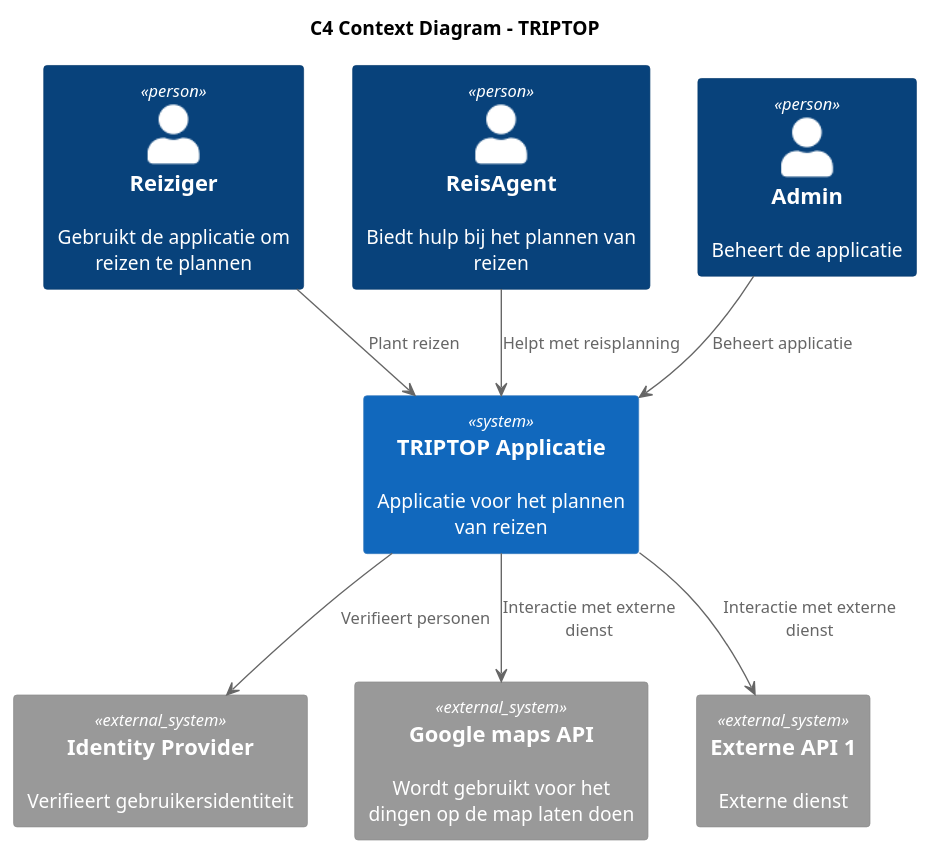
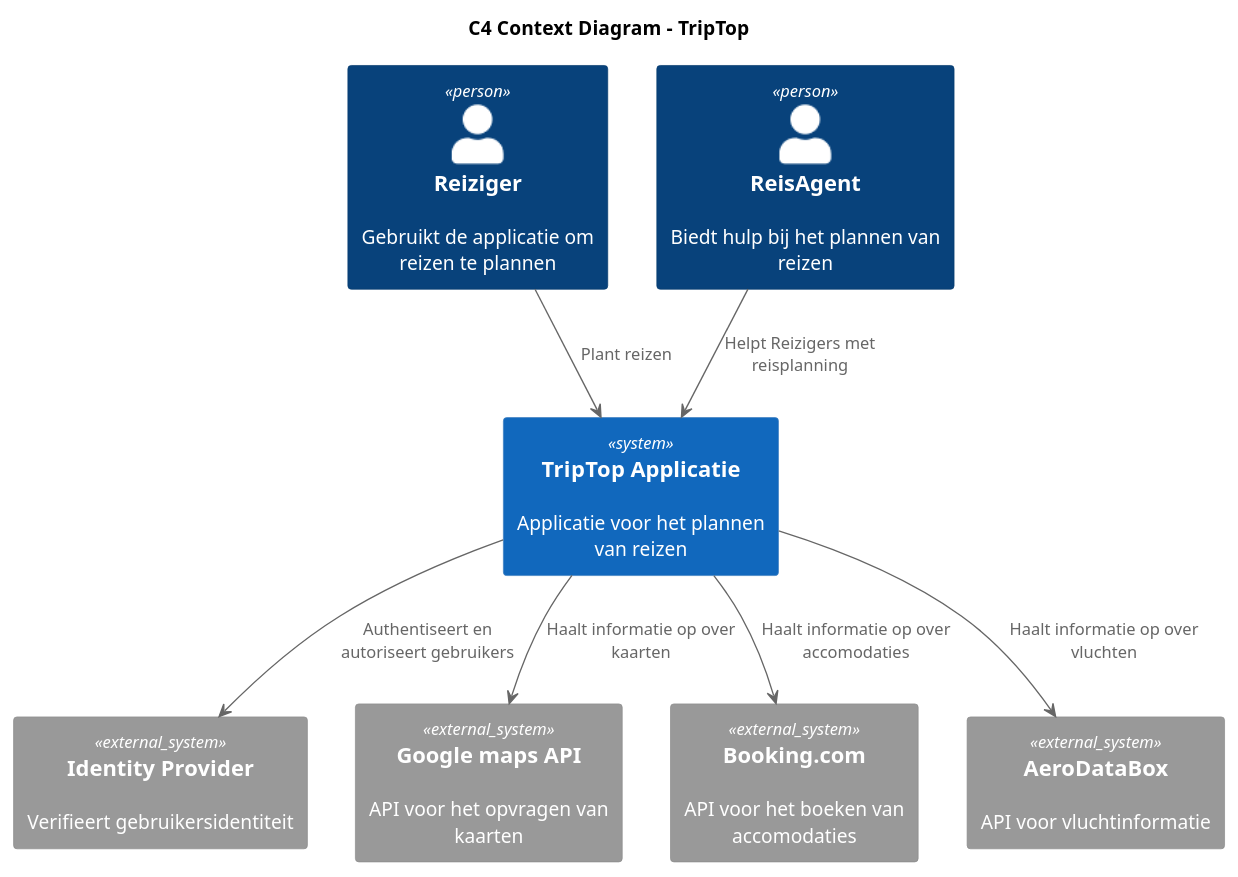
The diagram in C4_diagrammen/Context_diagram_TripTop_group_B4.puml (AIM-ENE-feb25/triptop-groep-b4), drawn with PlantUML before and after one commit.

Commit message:
Context diagram

```diff
--- a/C4_diagrammen/Context_diagram_TripTop_group_B4.puml
+++ b/C4_diagrammen/Context_diagram_TripTop_group_B4.puml
@@ -1,24 +1,24 @@
 @startuml
 !include <C4/C4_Container>
 
-title C4 Context Diagram - TRIPTOP
+title C4 Context Diagram - TripTop
 
 Person(Reiziger, "Reiziger", "Gebruikt de applicatie om reizen te plannen")
 Person(ReisAgent, "ReisAgent", "Biedt hulp bij het plannen van reizen")
-Person(Admin, "Admin", "Beheert de applicatie")
 
-System(TRIPTOP, "TRIPTOP Applicatie", "Applicatie voor het plannen van reizen")
+System(TripTop, "TripTop Applicatie", "Applicatie voor het plannen van reizen")
 
 System_Ext(IdentityProvider, "Identity Provider", "Verifieert gebruikersidentiteit")
-System_Ext(Google_maps_api, "Google maps API", "Wordt gebruikt voor het dingen op de map laten doen")
-System_Ext(API1, "Externe API 1", "Externe dienst")
+System_Ext(Google_maps_api, "Google maps API", "API voor het opvragen van kaarten")
+System_Ext(Booking, "Booking.com", "API voor het boeken van accomodaties")
+System_Ext(AeroDataBox, "AeroDataBox", "API voor vluchtinformatie")
 
-Reiziger --> TRIPTOP : "Plant reizen"
-ReisAgent --> TRIPTOP : "Helpt met reisplanning"
-Admin --> TRIPTOP : "Beheert applicatie"
+Reiziger --> TripTop : "Plant reizen"
+ReisAgent --> TripTop : "Helpt Reizigers met reisplanning"
 
-TRIPTOP --> IdentityProvider : "Verifieert personen"
-TRIPTOP --> Google_maps_api : "Interactie met externe dienst"
-TRIPTOP --> API1 : "Interactie met externe dienst"
+TripTop --> IdentityProvider : "Authentiseert en autoriseert gebruikers"
+TripTop --> Google_maps_api : "Haalt informatie op over kaarten"
+TripTop --> Booking : "Haalt informatie op over accomodaties"
+TripTop --> AeroDataBox : "Haalt informatie op over vluchten"
 
 @enduml
```
